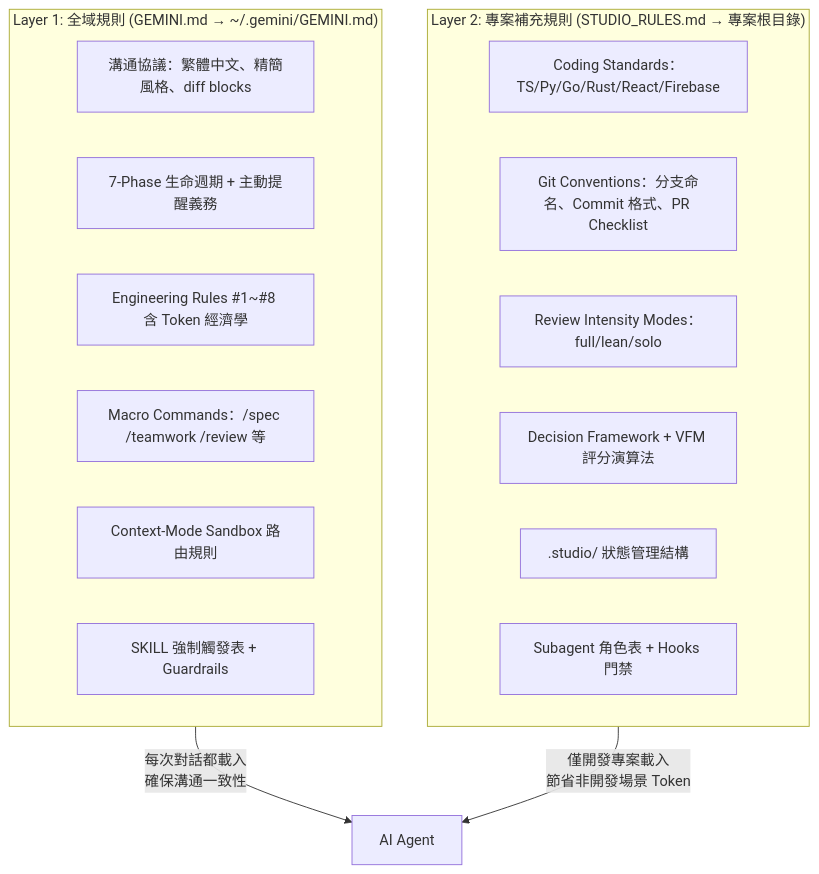
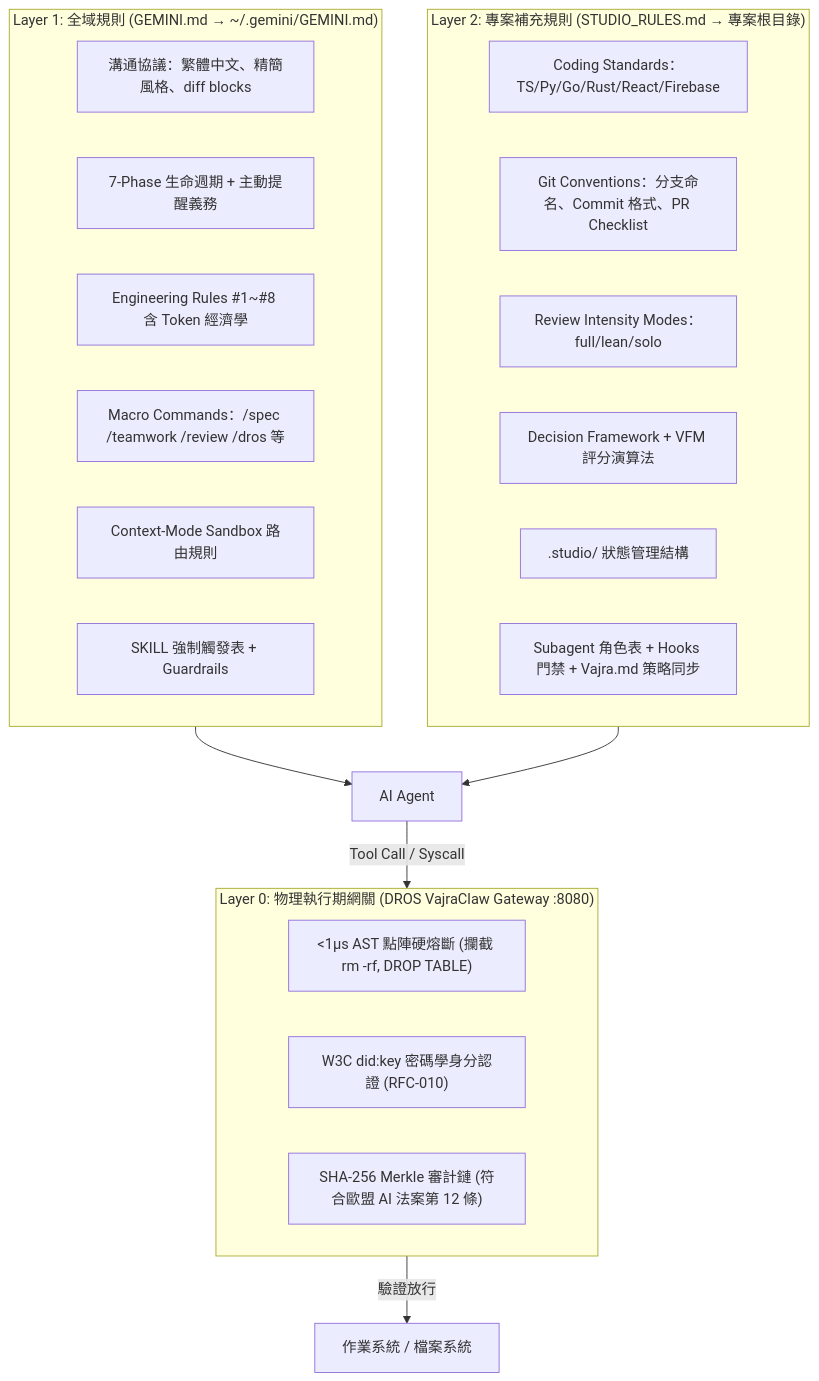
One commit to PingpowerTW/7-Phase-Agentic-Workflow changed the first of 4 diagrams in README.md. Above: the diagram before and after it, drawn with Mermaid. The commit also changed other lines of this file and 8 other files, not shown here.

Commit message:
feat(security): integrate DROS VajraClaw runtime governance & dual-track defense v2.5

````diff
--- a/README.md
+++ b/README.md
@@ -30,23 +30,31 @@
 ```mermaid
 graph TD
+    subgraph GATEWAY ["Layer 0: 物理執行期網關 (DROS VajraClaw Gateway :8080)"]
+        D1["<1μs AST 點陣硬熔斷 (攔截 rm -rf, DROP TABLE)"]
+        D2["W3C did:key 密碼學身分認證 (RFC-010)"]
+        D3["SHA-256 Merkle 審計鏈 (符合歐盟 AI 法案第 12 條)"]
+    end
+
     subgraph GLOBAL ["Layer 1: 全域規則 (GEMINI.md → ~/.gemini/GEMINI.md)"]
         G1["溝通協議：繁體中文、精簡風格、diff blocks"]
         G2["7-Phase 生命週期 + 主動提醒義務"]
         G3["Engineering Rules #1~#8 含 Token 經濟學"]
-        G4["Macro Commands：/spec /teamwork /review 等"]
+        G4["Macro Commands：/spec /teamwork /review /dros 等"]
         G5["Context-Mode Sandbox 路由規則"]
         G6["SKILL 強制觸發表 + Guardrails"]
     end
 
     subgraph PROJECT ["Layer 2: 專案補充規則 (STUDIO_RULES.md → 專案根目錄)"]
         P1["Coding Standards：TS/Py/Go/Rust/React/Firebase"]
         P2["Git Conventions：分支命名、Commit 格式、PR Checklist"]
         P3["Review Intensity Modes：full/lean/solo"]
         P4["Decision Framework + VFM 評分演算法"]
         P5[".studio/ 狀態管理結構"]
-        P6["Subagent 角色表 + Hooks 門禁"]
+        P6["Subagent 角色表 + Hooks 門禁 + Vajra.md 策略同步"]
     end
 
-    GLOBAL -->|"每次對話都載入<br/>確保溝通一致性"| Agent["AI Agent"]
-    PROJECT -->|"僅開發專案載入<br/>節省非開發場景 Token"| Agent
+    GLOBAL --> Agent["AI Agent"]
+    PROJECT --> Agent
+    Agent -->|"Tool Call / Syscall"| GATEWAY
+    GATEWAY -->|"驗證放行"| OS["作業系統 / 檔案系統"]
 ```
````
